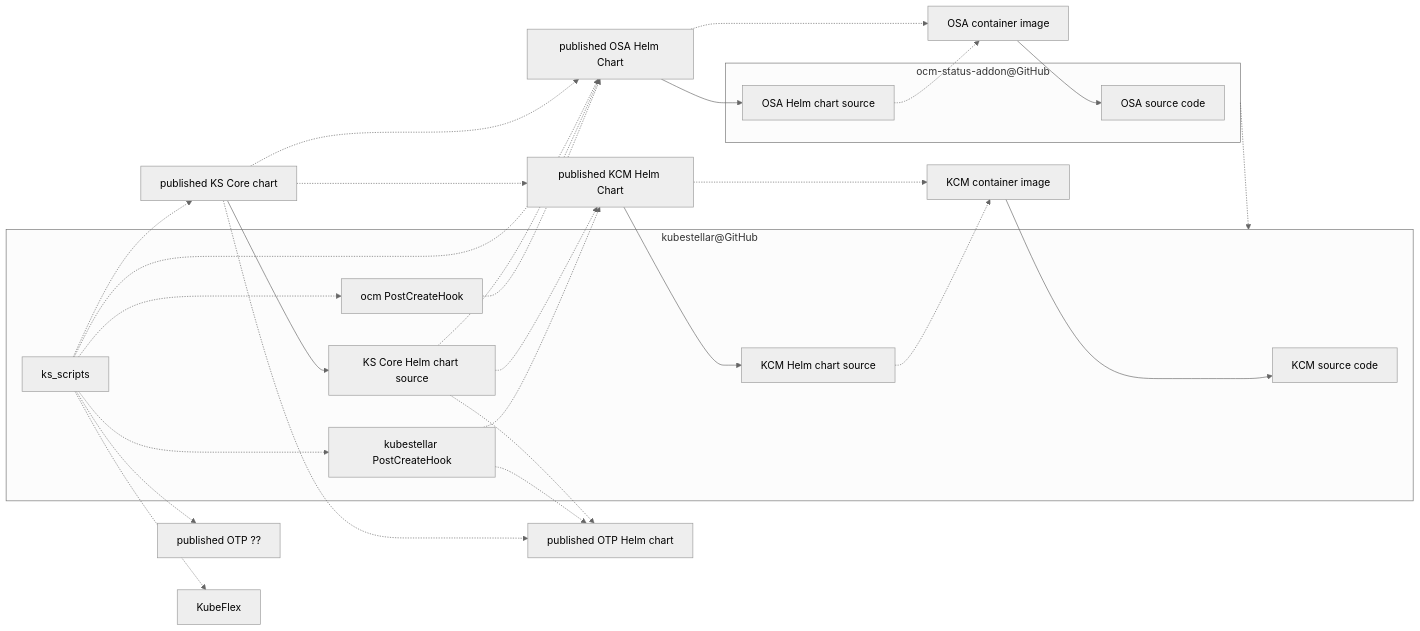
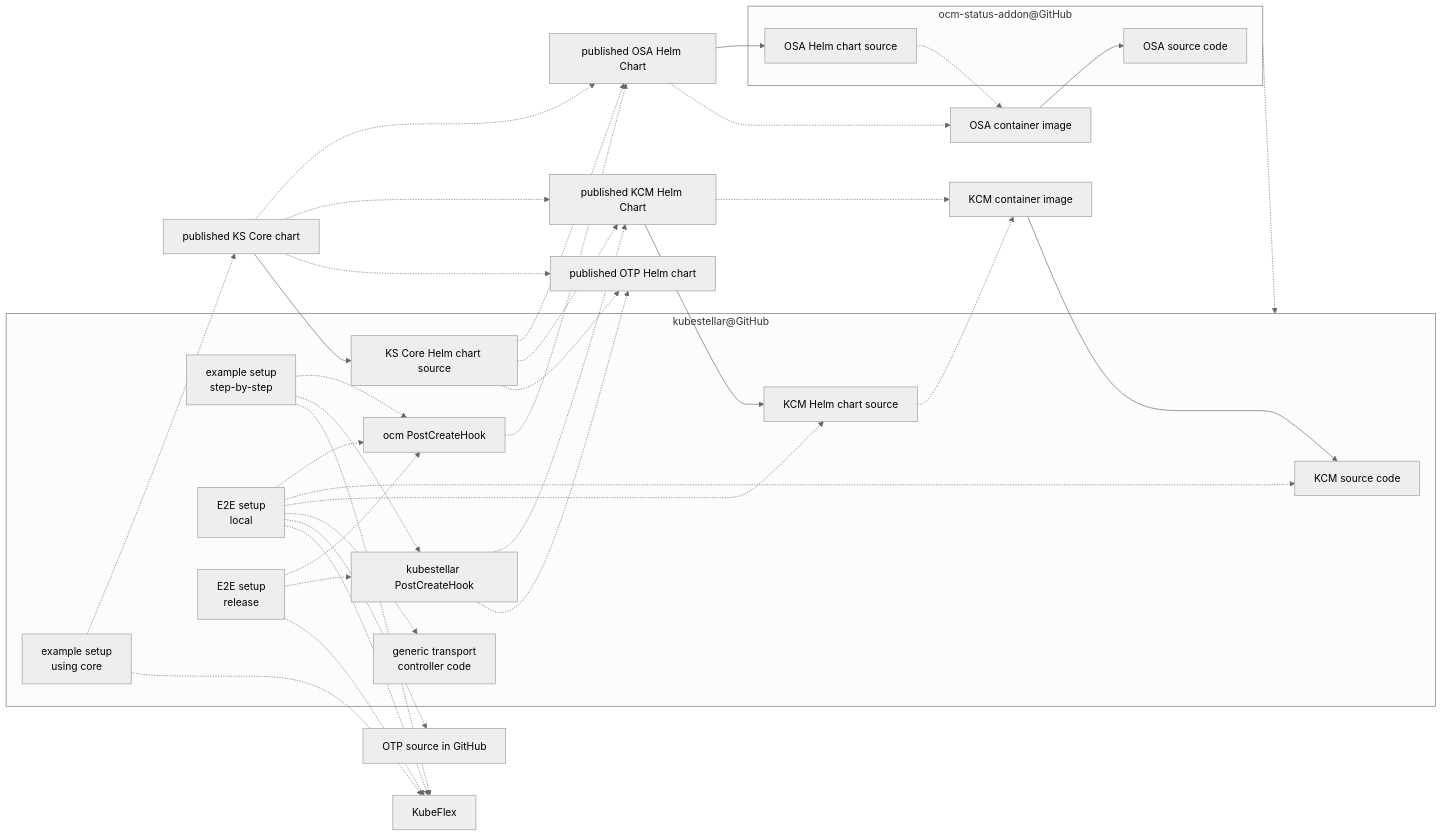
Before and after one commit to kubestellar/kubestellar: the fifth of 5 diagrams in docs/content/direct/packaging.md, drawn with Mermaid (neutral theme). The commit also changed other lines of this file, not shown here.

Commit message:
Break out individual scripts in diagrams

````diff
--- a/docs/content/direct/packaging.md
+++ b/docs/content/direct/packaging.md
@@ -325,39 +340,53 @@
 ```mermaid
 flowchart LR
+    otp_code["OTP source in GitHub"]
     subgraph osa_repo["ocm-status-addon@GitHub"]
     osa_code[OSA source code]
     osa_hc_src[OSA Helm chart source]
     end
     osa_ctr_image[OSA container image] --> osa_code
     osa_hc_repo[published OSA Helm Chart] --> osa_hc_src
     osa_hc_src -.-> osa_ctr_image
     osa_hc_repo -.-> osa_ctr_image
     subgraph ks_repo["kubestellar@GitHub"]
     kcm_code[KCM source code]
+    gtc_code["generic transport<br>controller code"]
     kcm_hc_src[KCM Helm chart source]
     ksc_hc_src[KS Core Helm chart source]
     ks_pch[kubestellar PostCreateHook]
     ocm_pch["ocm PostCreateHook"]
-    ks_scripts -.-> ocm_pch
-    ks_scripts -.-> ks_pch
+    setup_ksc["example setup<br>using core"]
+    setup_steps["example setup<br>step-by-step"]
+    e2e_local["E2E setup<br>local"]
+    e2e_release["E2E setup<br>release"]
     end
     osa_repo -.-> ks_repo
     ocm_pch -.-> osa_hc_repo
     kcm_ctr_image[KCM container image] --> kcm_code
     kcm_hc_repo[published KCM Helm Chart] --> kcm_hc_src
     kcm_hc_src -.-> kcm_ctr_image
     kcm_hc_repo -.-> kcm_ctr_image
     ks_pch -.-> kcm_hc_repo
     ks_pch -.-> otp_hc_repo[published OTP Helm chart]
     ksc_hc_repo[published KS Core chart] --> ksc_hc_src
     ksc_hc_src -.-> osa_hc_repo
     ksc_hc_src -.-> kcm_hc_repo
     ksc_hc_src -.-> otp_hc_repo
     ksc_hc_repo -.-> osa_hc_repo
     ksc_hc_repo -.-> kcm_hc_repo
     ksc_hc_repo -.-> otp_hc_repo
-    ks_scripts -.-> ksc_hc_repo
-    ks_scripts -.-> osa_hc_repo[published OSA Helm Chart]
-    ks_scripts -.-> otp_something["published OTP ??"]
-    ks_scripts -.-> KubeFlex
+    setup_steps -.-> ocm_pch
+    setup_steps -.-> ks_pch
+    setup_steps -.-> KubeFlex
+    setup_ksc -.-> ksc_hc_repo
+    setup_ksc -.-> KubeFlex
+    e2e_local -.-> ocm_pch
+    e2e_local -.-> kcm_code
+    e2e_local -.-> kcm_hc_src
+    e2e_local -.-> gtc_code
+    e2e_local -.-> otp_code
+    e2e_local -.-> KubeFlex
+    e2e_release -.-> ocm_pch
+    e2e_release -.-> ks_pch
+    e2e_release -.-> KubeFlex
 ```
````
